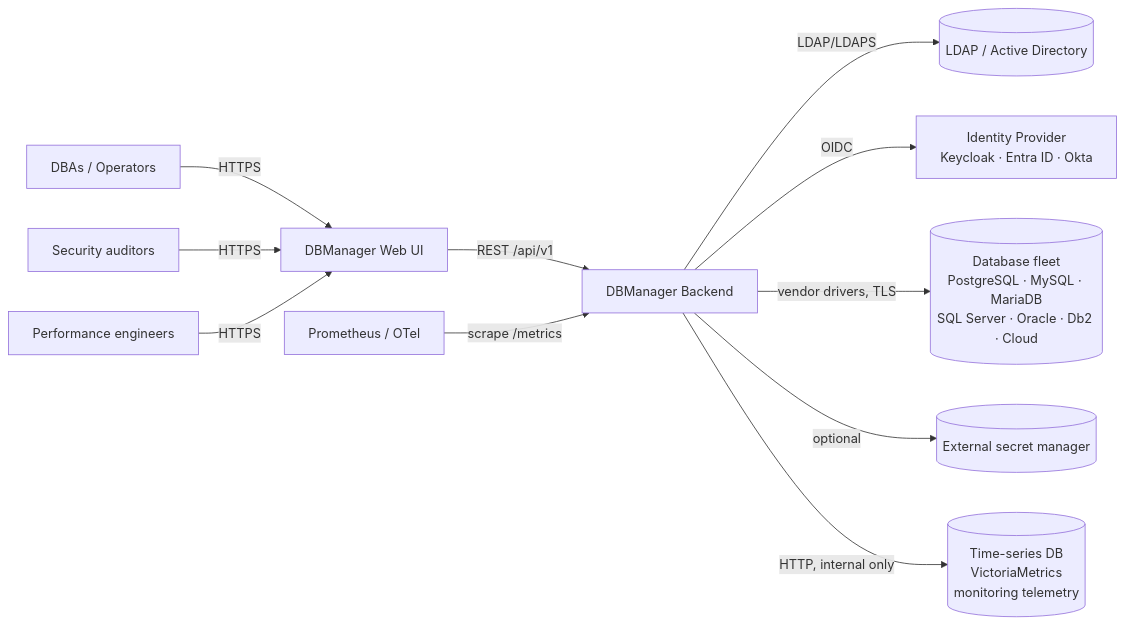
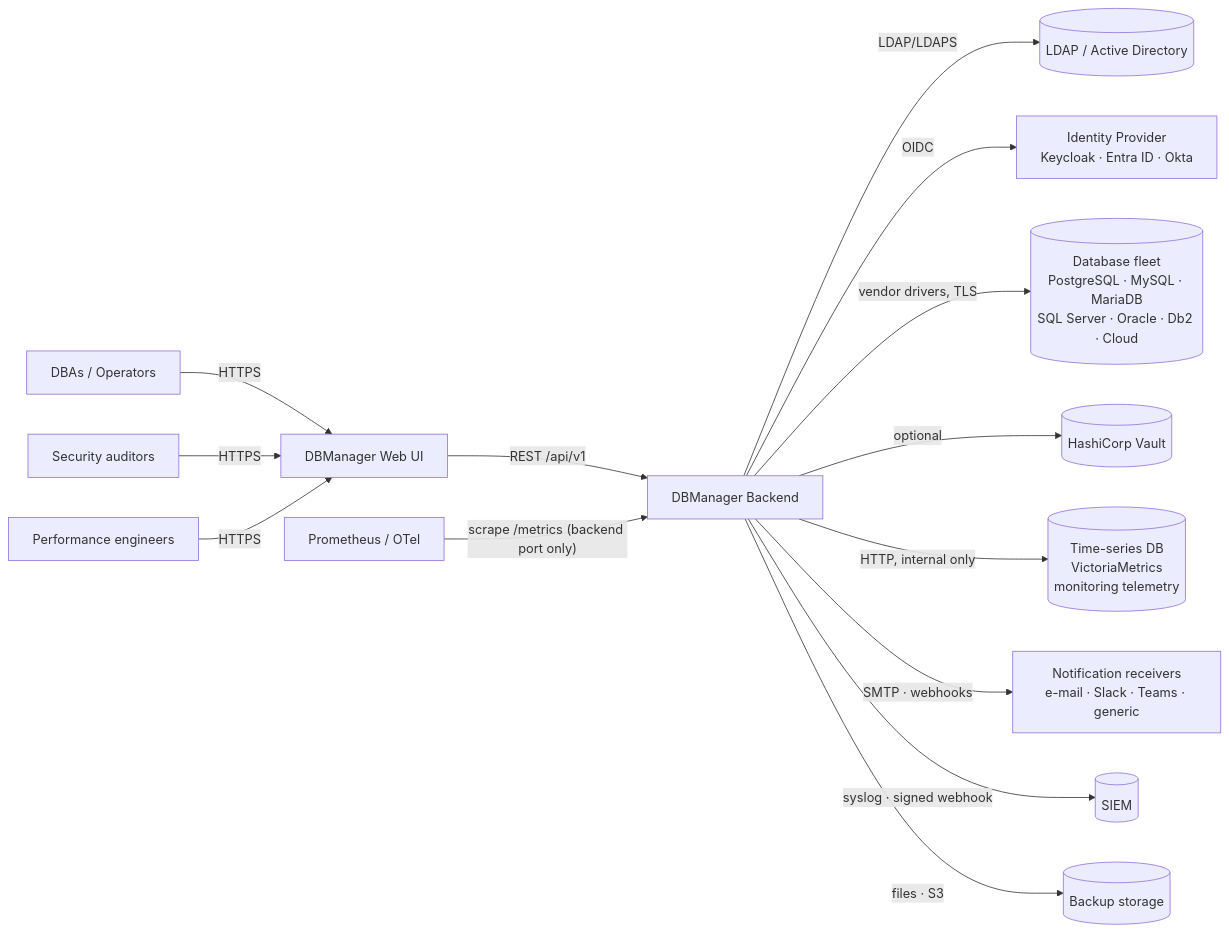
Before and after one commit to hbenabdalla/dbmanager: the first of 10 diagrams in docs/architecture/design-document.md, drawn with Mermaid. The commit also changed other lines of this file and 114 other files, not shown here.

````diff
--- a/docs/architecture/design-document.md
+++ b/docs/architecture/design-document.md
@@ -69,13 +78,16 @@
 ```mermaid
 flowchart LR
     DBA[DBAs / Operators] -->|HTTPS| UI[DBManager Web UI]
     SEC[Security auditors] -->|HTTPS| UI
     PERF[Performance engineers] -->|HTTPS| UI
     UI -->|REST /api/v1| BE[DBManager Backend]
     BE -->|LDAP/LDAPS| AD[(LDAP / Active Directory)]
     BE -->|OIDC| IDP[Identity Provider<br/>Keycloak · Entra ID · Okta]
     BE -->|vendor drivers, TLS| FLEET[(Database fleet<br/>PostgreSQL · MySQL · MariaDB<br/>SQL Server · Oracle · Db2 · Cloud)]
-    BE -->|optional| VAULT[(External secret manager)]
+    BE -->|optional| VAULT[(HashiCorp Vault)]
     BE -->|HTTP, internal only| TS[(Time-series DB<br/>VictoriaMetrics<br/>monitoring telemetry)]
-    PROM[Prometheus / OTel] -->|scrape /metrics| BE
+    BE -->|SMTP · webhooks| NOTIFY[Notification receivers<br/>e-mail · Slack · Teams · generic]
+    BE -->|syslog · signed webhook| SIEM[(SIEM)]
+    BE -->|files · S3| STORE[(Backup storage)]
+    PROM[Prometheus / OTel] -->|"scrape /metrics (backend port only)"| BE
 ```
````
